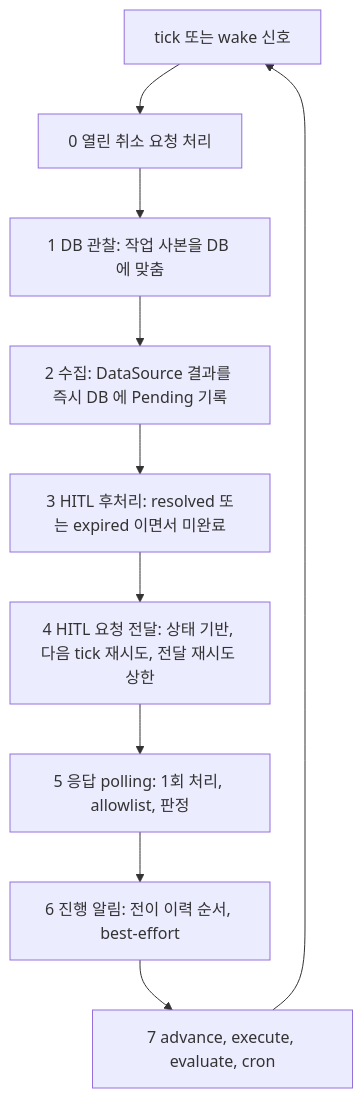
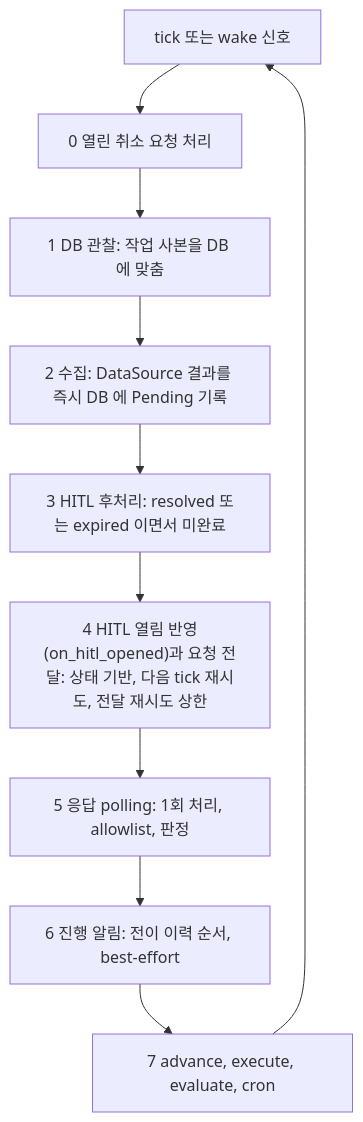
The first of 7 diagrams in spec/concerns/daemon.md (kys0213/belt), drawn with Mermaid before and after one commit. The commit also changed other lines of this file and 4 other files, not shown here.

````diff
--- a/spec/concerns/daemon.md
+++ b/spec/concerns/daemon.md
@@ -65,12 +65,12 @@
 ```mermaid
 flowchart TD
     W["tick 또는 wake 신호"] --> S0["0 열린 취소 요청 처리"]
     S0 --> S1["1 DB 관찰: 작업 사본을 DB 에 맞춤"]
     S1 --> S2["2 수집: DataSource 결과를 즉시 DB 에 Pending 기록"]
     S2 --> S3["3 HITL 후처리: resolved 또는 expired 이면서 미완료"]
-    S3 --> S4["4 HITL 요청 전달: 상태 기반, 다음 tick 재시도, 전달 재시도 상한"]
+    S3 --> S4["4 HITL 열림 반영(on_hitl_opened)과 요청 전달: 상태 기반, 다음 tick 재시도, 전달 재시도 상한"]
     S4 --> S5["5 응답 polling: 1회 처리, allowlist, 판정"]
     S5 --> S6["6 진행 알림: 전이 이력 순서, best-effort"]
     S6 --> S7["7 advance, execute, evaluate, cron"]
     S7 --> W
 ```
````
